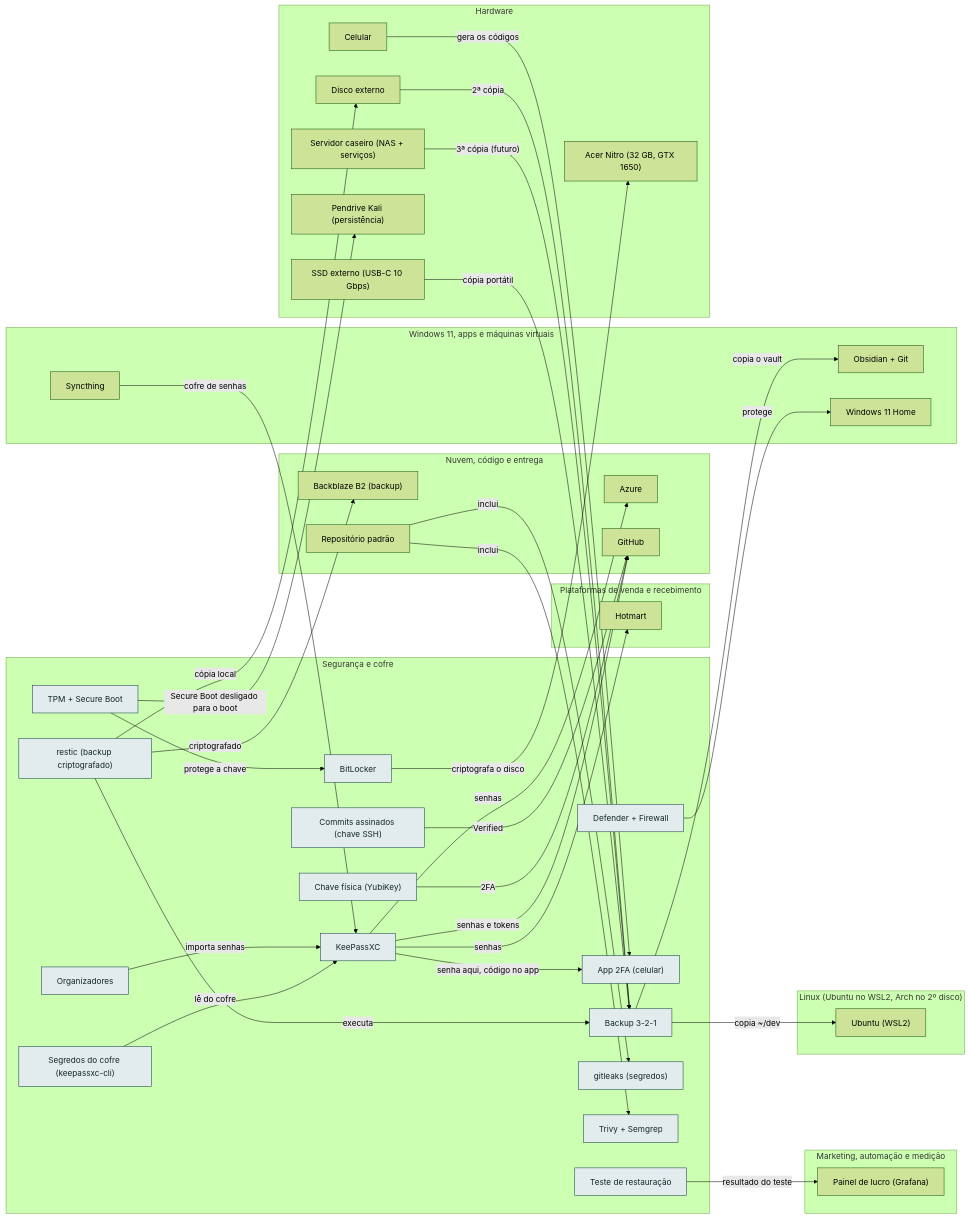
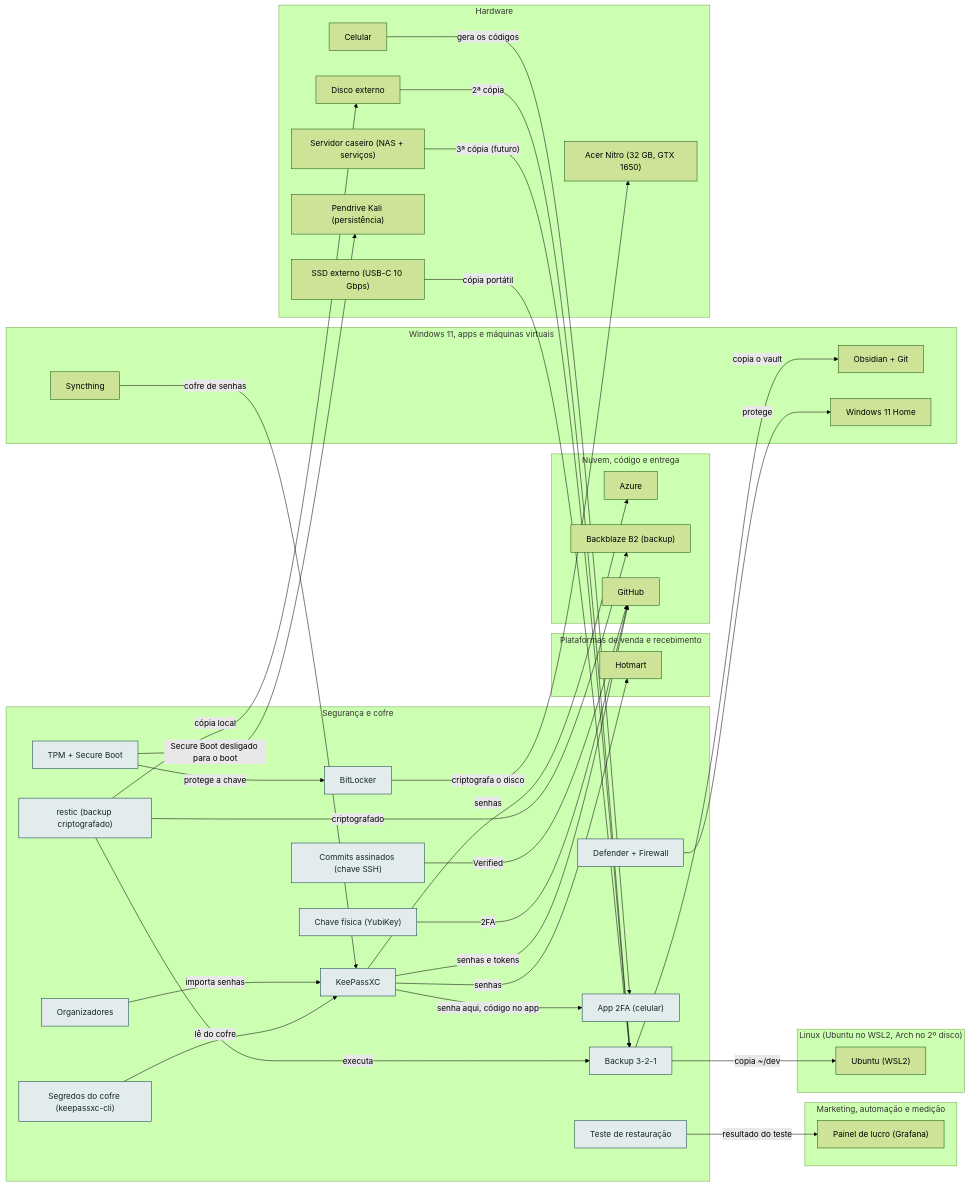
Before and after one commit to AlanMateus17/dev-setup: the diagram in docs/camadas/02-seg.md, drawn with Mermaid (forest theme). The commit also changed other lines of this file and 23 other files, not shown here.

````diff
--- a/docs/camadas/02-seg.md
+++ b/docs/camadas/02-seg.md
@@ -14,74 +14,69 @@
 ```mermaid
 flowchart LR
   subgraph L_seg["Segurança e cofre"]
     n_sign["Commits assinados (chave SSH)"]
     n_restic["restic (backup criptografado)"]
     n_ykey["Chave física (YubiKey)"]
     n_tpm["TPM + Secure Boot"]
     n_bitl["BitLocker"]
     n_def["Defender + Firewall"]
     n_kee["KeePassXC"]
     n_tfa["App 2FA (celular)"]
     n_bkp["Backup 3-2-1"]
     n_organizar["Organizadores"]
-    n_gitleaks["gitleaks (segredos)"]
-    n_trivy["Trivy + Semgrep"]
     n_segredos["Segredos do cofre (keepassxc-cli)"]
     n_restauracao["Teste de restauração"]
   end
   subgraph L_mkt["Marketing, automação e medição"]
     n_painel["Painel de lucro (Grafana)"]
   end
   subgraph L_venda["Plataformas de venda e recebimento"]
     n_hotm["Hotmart"]
   end
   subgraph L_nuvem["Nuvem, código e entrega"]
     n_azure["Azure"]
     n_b2["Backblaze B2 (backup)"]
     n_gh["GitHub"]
-    n_repopadrao["Repositório padrão"]
   end
   subgraph L_lin["Linux (Ubuntu no WSL2, Arch no 2º disco)"]
     n_wsl["Ubuntu (WSL2)"]
   end
   subgraph L_win["Windows 11, apps e máquinas virtuais"]
     n_obsd["Obsidian + Git"]
     n_syncth["Syncthing"]
     n_w11["Windows 11 Home"]
   end
   subgraph L_hw["Hardware"]
     n_cel["Celular"]
     n_ext["Disco externo"]
     n_nas["Servidor caseiro (NAS + serviços)"]
     n_nb["Acer Nitro (32 GB, GTX 1650)"]
     n_pkali["Pendrive Kali (persistência)"]
     n_ssdext["SSD externo (USB-C 10 Gbps)"]
   end
   n_sign -->|"Verified"| n_gh
   n_restic -->|"cópia local"| n_ext
   n_restic -->|"executa"| n_bkp
   n_restic -->|"criptografado"| n_b2
   n_ykey -->|"2FA"| n_gh
   n_tpm -->|"protege a chave"| n_bitl
   n_tpm -->|"Secure Boot desligado para o boot"| n_pkali
   n_bitl -->|"criptografa o disco"| n_nb
   n_def -->|"protege"| n_w11
   n_kee -->|"senha aqui, código no app"| n_tfa
   n_kee -->|"senhas e tokens"| n_gh
   n_kee -->|"senhas"| n_hotm
   n_kee -->|"senhas"| n_azure
   n_syncth -->|"cofre de senhas"| n_kee
   n_organizar -->|"importa senhas"| n_kee
   n_segredos -->|"lê do cofre"| n_kee
   n_cel -->|"gera os códigos"| n_tfa
   n_bkp -->|"copia ~/dev"| n_wsl
   n_bkp -->|"copia o vault"| n_obsd
   n_ext -->|"2ª cópia"| n_bkp
   n_nas -->|"3ª cópia (futuro)"| n_bkp
   n_ssdext -->|"cópia portátil"| n_bkp
-  n_repopadrao -->|"inclui"| n_gitleaks
-  n_repopadrao -->|"inclui"| n_trivy
   n_restauracao -->|"resultado do teste"| n_painel
   classDef desta fill:#e2ecec,stroke:#0e3a45,color:#13262b
-  class n_sign,n_restic,n_ykey,n_tpm,n_bitl,n_def,n_kee,n_tfa,n_bkp,n_organizar,n_gitleaks,n_trivy,n_segredos,n_restauracao desta
+  class n_sign,n_restic,n_ykey,n_tpm,n_bitl,n_def,n_kee,n_tfa,n_bkp,n_organizar,n_segredos,n_restauracao desta
 ```
````
